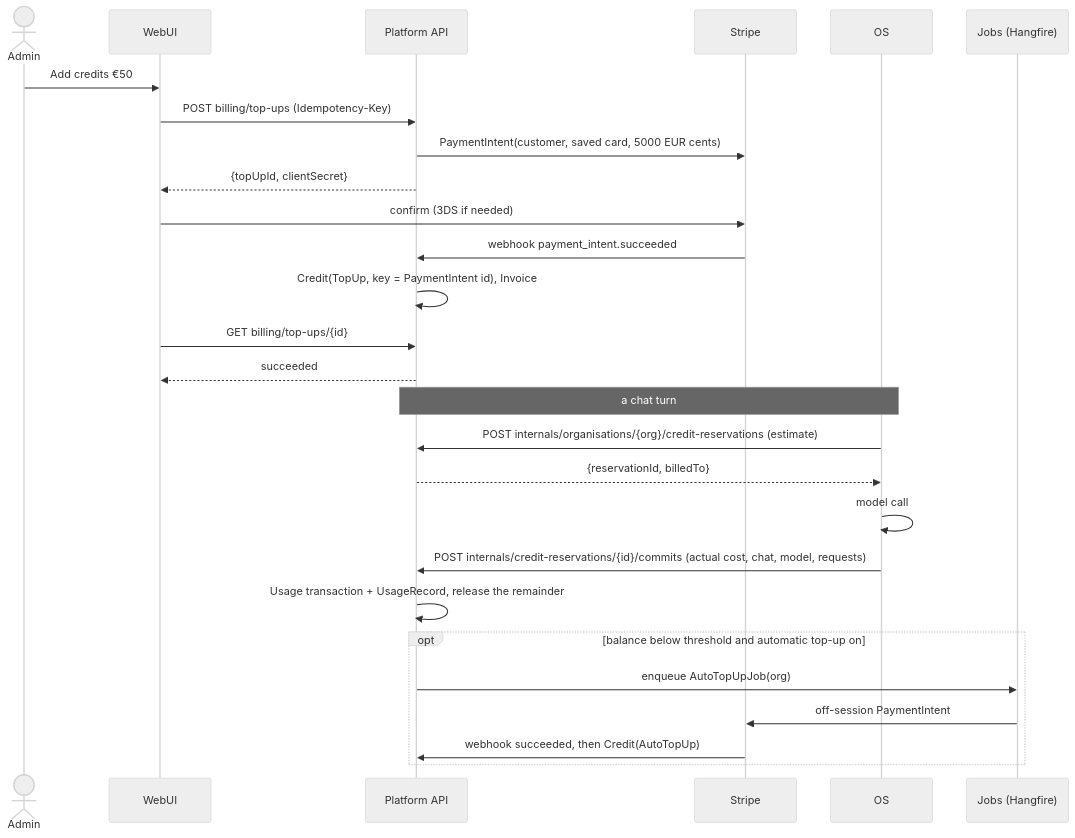
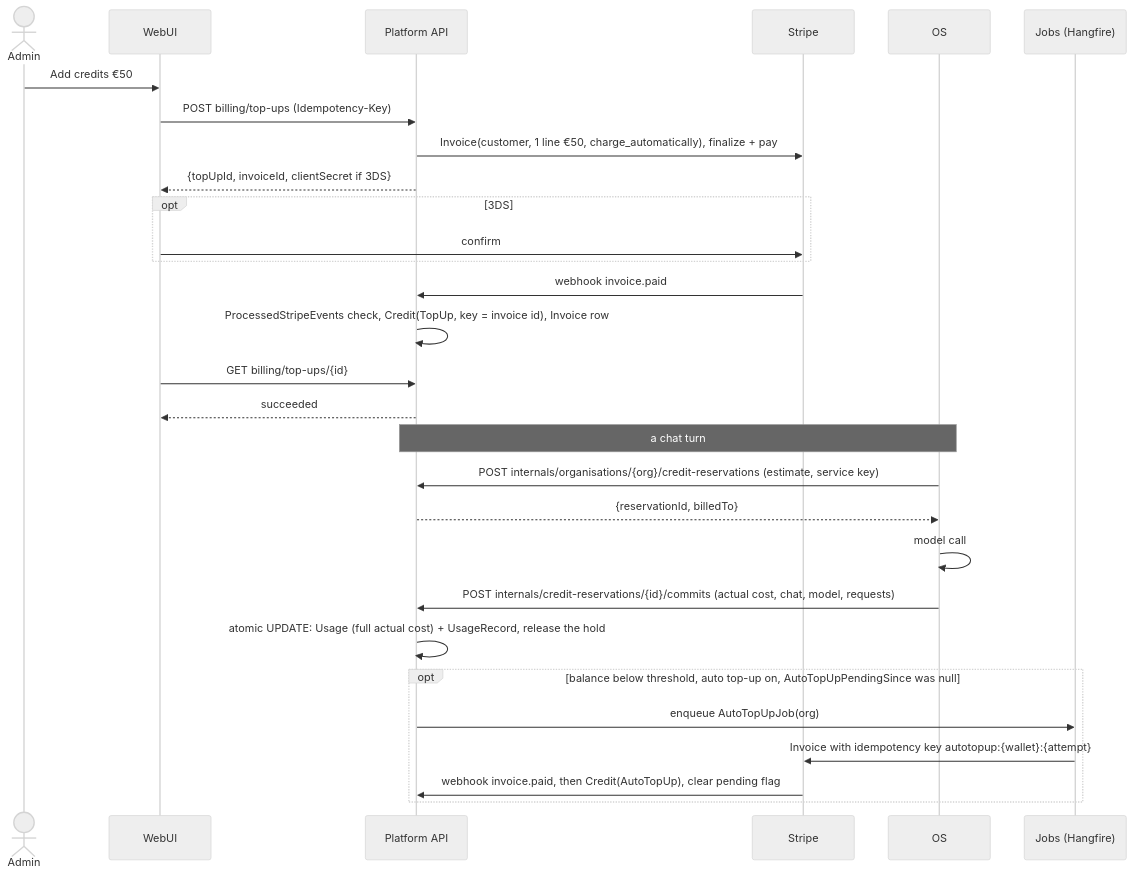
One commit to intochat/digitalbrain.docs changed the seventh of 8 diagrams in plans/platform-product-flows-2026-10-18.md. Above: the diagram before and after it, drawn with Mermaid (neutral theme). The commit also changed other lines of this file, not shown here.

Commit message:
plan: revise W4 platform flows after design review

````diff
--- a/plans/platform-product-flows-2026-10-18.md
+++ b/plans/platform-product-flows-2026-10-18.md
@@ -606,29 +720,31 @@
 ```mermaid
 sequenceDiagram
   actor U as Admin
   participant W as WebUI
   participant P as Platform API
   participant S as Stripe
   participant O as OS
   participant J as Jobs (Hangfire)
   U->>W: Add credits €50
   W->>P: POST billing/top-ups (Idempotency-Key)
-  P->>S: PaymentIntent(customer, saved card, 5000 EUR cents)
-  P-->>W: {topUpId, clientSecret}
-  W->>S: confirm (3DS if needed)
-  S->>P: webhook payment_intent.succeeded
-  P->>P: Credit(TopUp, key = PaymentIntent id), Invoice
+  P->>S: Invoice(customer, 1 line €50, charge_automatically), finalize + pay
+  P-->>W: {topUpId, invoiceId, clientSecret if 3DS}
+  opt 3DS
+    W->>S: confirm
+  end
+  S->>P: webhook invoice.paid
+  P->>P: ProcessedStripeEvents check, Credit(TopUp, key = invoice id), Invoice row
   W->>P: GET billing/top-ups/{id}
   P-->>W: succeeded
   Note over O,P: a chat turn
-  O->>P: POST internals/organisations/{org}/credit-reservations (estimate)
+  O->>P: POST internals/organisations/{org}/credit-reservations (estimate, service key)
   P-->>O: {reservationId, billedTo}
   O->>O: model call
   O->>P: POST internals/credit-reservations/{id}/commits (actual cost, chat, model, requests)
-  P->>P: Usage transaction + UsageRecord, release the remainder
-  opt balance below threshold and automatic top-up on
+  P->>P: atomic UPDATE: Usage (full actual cost) + UsageRecord, release the hold
+  opt balance below threshold, auto top-up on, AutoTopUpPendingSince was null
     P->>J: enqueue AutoTopUpJob(org)
-    J->>S: off-session PaymentIntent
-    S->>P: webhook succeeded, then Credit(AutoTopUp)
+    J->>S: Invoice with idempotency key autotopup:{wallet}:{attempt}
+    S->>P: webhook invoice.paid, then Credit(AutoTopUp), clear pending flag
   end
 ```
````
